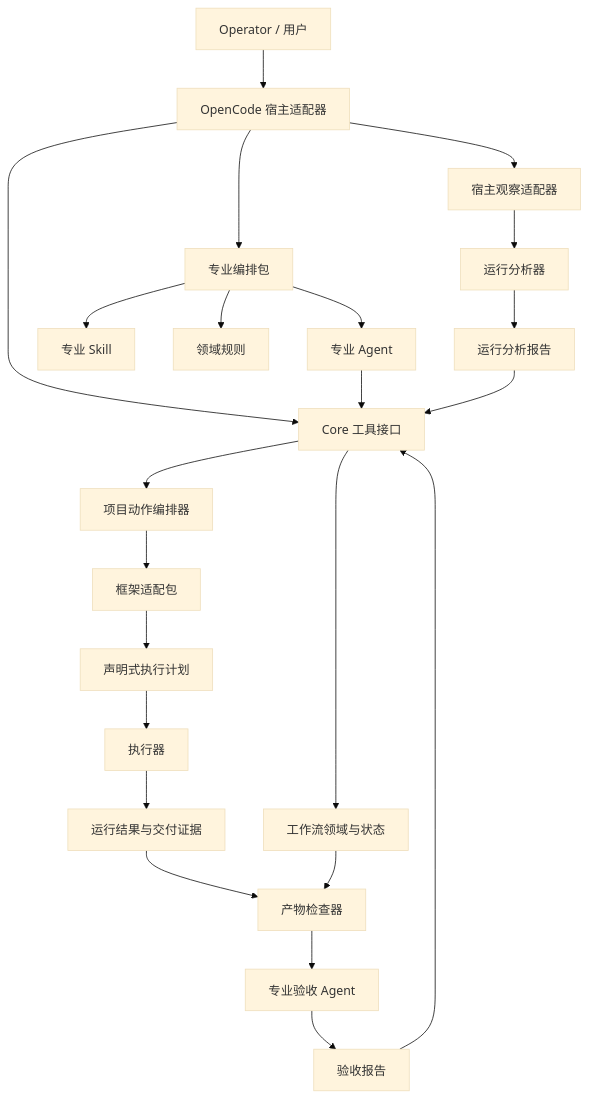
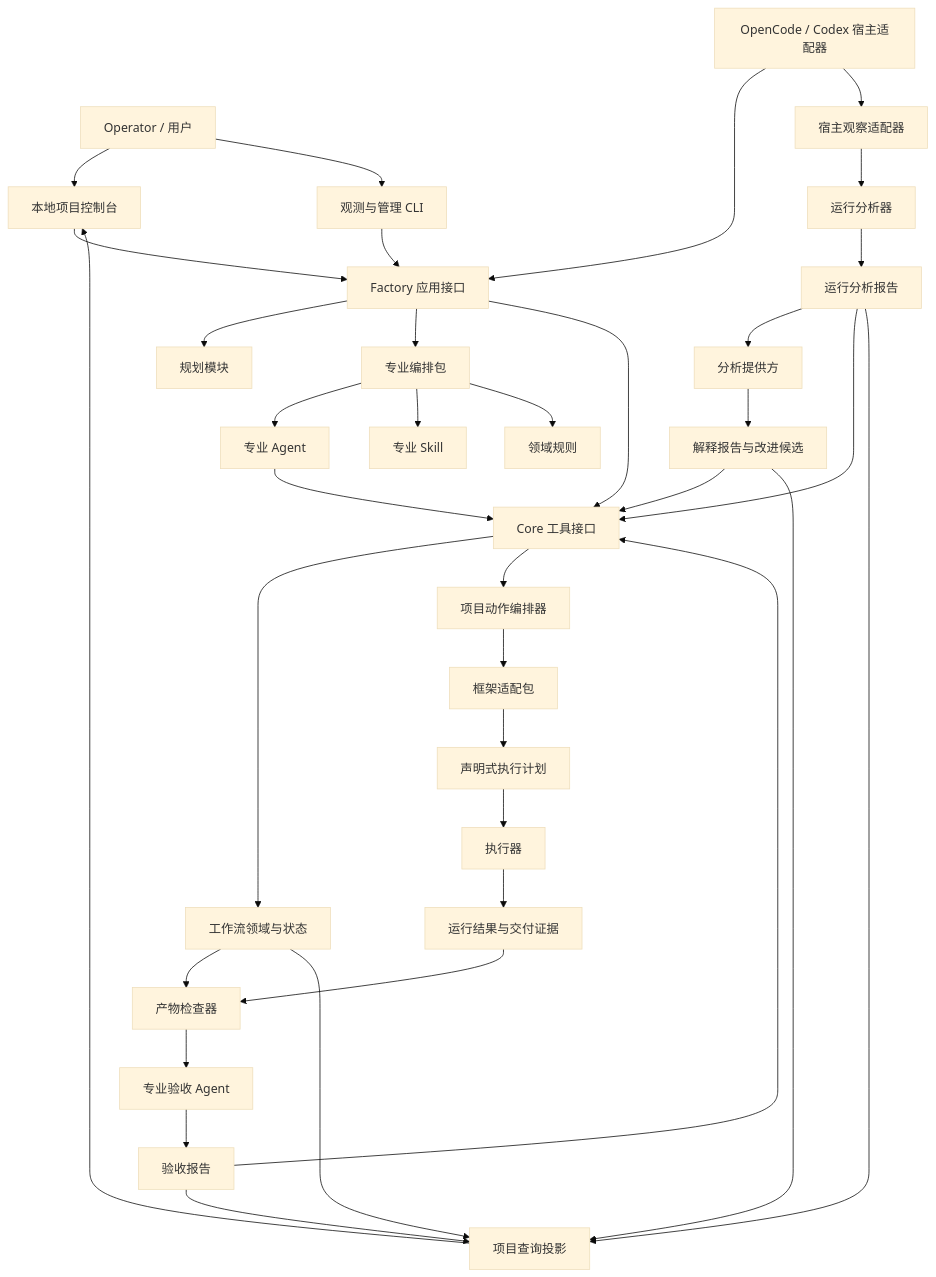
The first of 2 diagrams in docs/v1.1/README.md (Gandufu/sdlc-factory), drawn with Mermaid (base theme) before and after one commit. The commit also changed other lines of this file and 10 other files, not shown here.

Commit message:
docs: expand SDLC Factory 1.1 architecture

````diff
--- a/docs/v1.1/README.md
+++ b/docs/v1.1/README.md
@@ -88,25 +96,38 @@
 ```mermaid
 flowchart TD
-    U["Operator / 用户"] --> H["OpenCode 宿主适配器"]
-    H --> O["专业编排包"]
+    U["Operator / 用户"] --> UI["本地项目控制台"]
+    U --> CLI["观测与管理 CLI"]
+    UI --> AP["Factory 应用接口"]
+    CLI --> AP
+    H["OpenCode / Codex 宿主适配器"] --> AP
+    AP --> PL["规划模块"]
+    AP --> O["专业编排包"]
+    AP --> C["Core 工具接口"]
     O --> A["专业 Agent"]
     O --> S["专业 Skill"]
     O --> R["领域规则"]
-    H --> C["Core 工具接口"]
     A --> C
     C --> W["工作流领域与状态"]
     C --> P["项目动作编排器"]
     P --> F["框架适配包"]
     F --> X["声明式执行计划"]
     X --> E["执行器"]
     E --> V["运行结果与交付证据"]
     H --> B["宿主观察适配器"]
     B --> M["运行分析器"]
     M --> Q["运行分析报告"]
+    Q --> AI["分析提供方"]
+    AI --> AQ["解释报告与改进候选"]
     V --> I["产物检查器"]
     W --> I
     I --> G["专业验收 Agent"]
     G --> D["验收报告"]
     Q --> C
+    AQ --> C
     D --> C
+    W --> RV["项目查询投影"]
+    Q --> RV
+    AQ --> RV
+    D --> RV
+    RV --> UI
 ```
````
